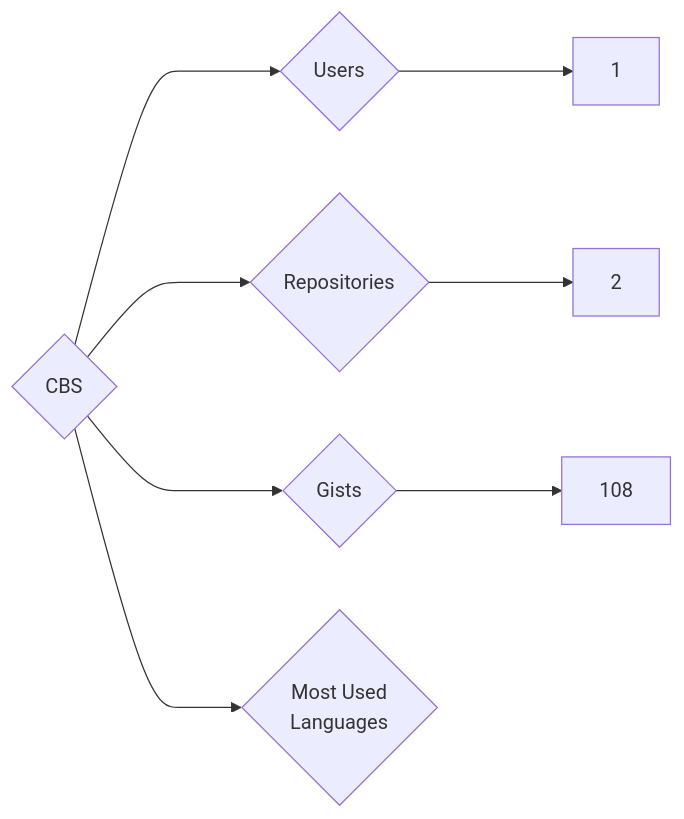
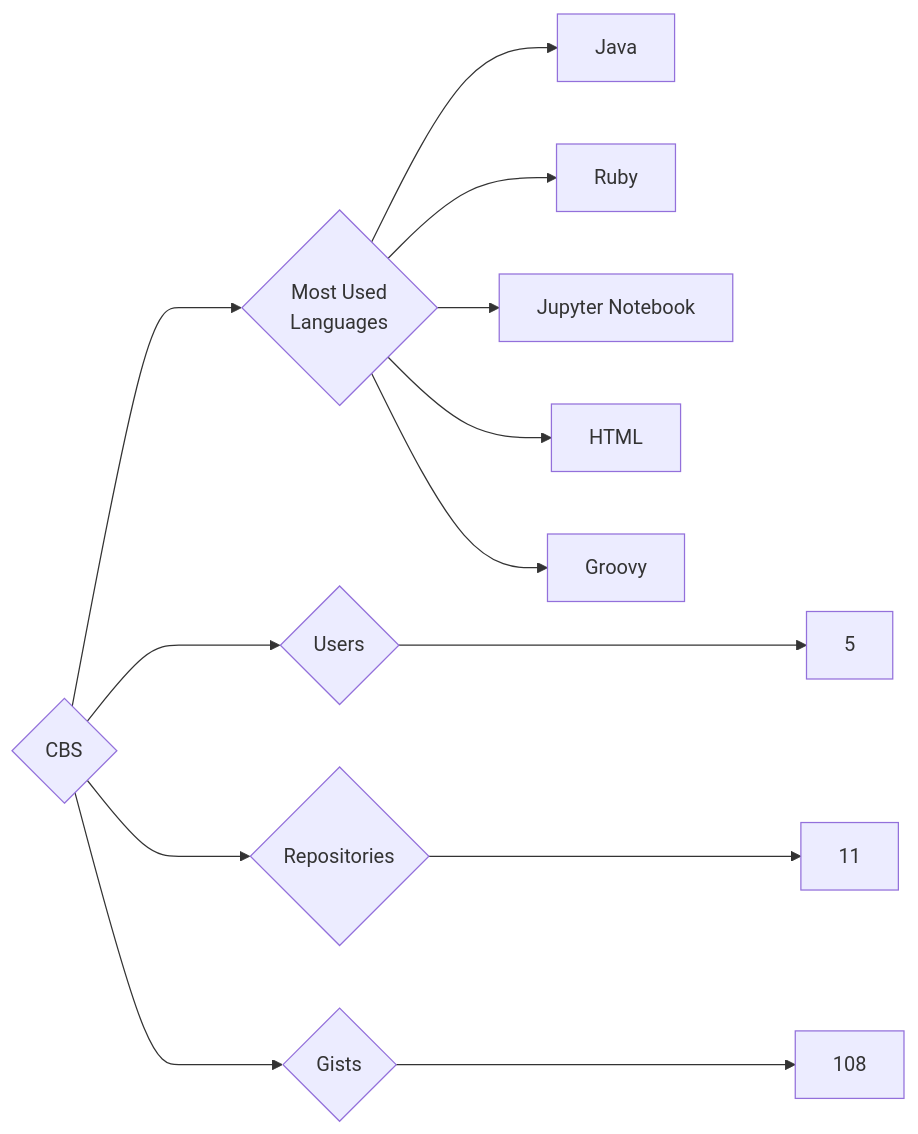
One commit to trickest/insiders changed the diagram in targets/CBS/README.md. Above: the diagram before and after it, drawn with Mermaid. The commit also changed 837 other files, not shown here.

````diff
--- a/targets/CBS/README.md
+++ b/targets/CBS/README.md
@@ -3,8 +3,13 @@
 ```mermaid
 graph LR
 COMPANY_NAME{CBS}
-COMPANY_NAME ---> U{Users} ---> UN[1]
-COMPANY_NAME ---> R{Repositories} ---> RN[2]
+COMPANY_NAME ---> U{Users} ---> UN[5]
+COMPANY_NAME ---> R{Repositories} ---> RN[11]
 COMPANY_NAME ---> G{Gists} ---> GN[108]
 COMPANY_NAME ---> ML{Most Used<br>Languages}
+ML --> Java[Java]
+ML --> Ruby[Ruby]
+ML --> Jupyter_Notebook[Jupyter Notebook]
+ML --> HTML[HTML]
+ML --> Groovy[Groovy]
 ```
````
